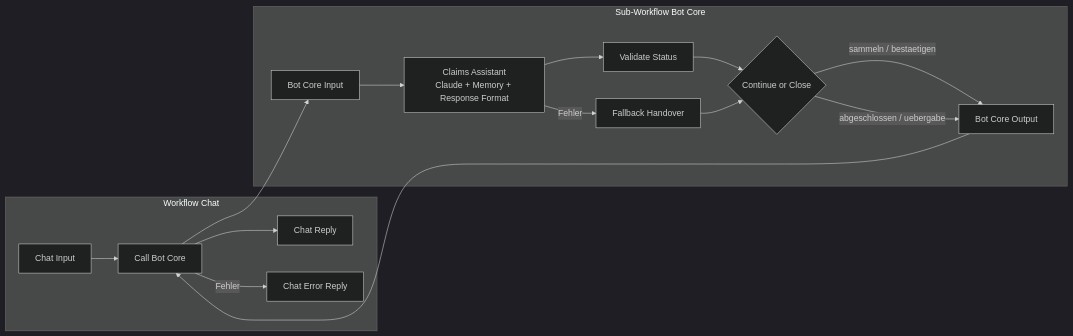
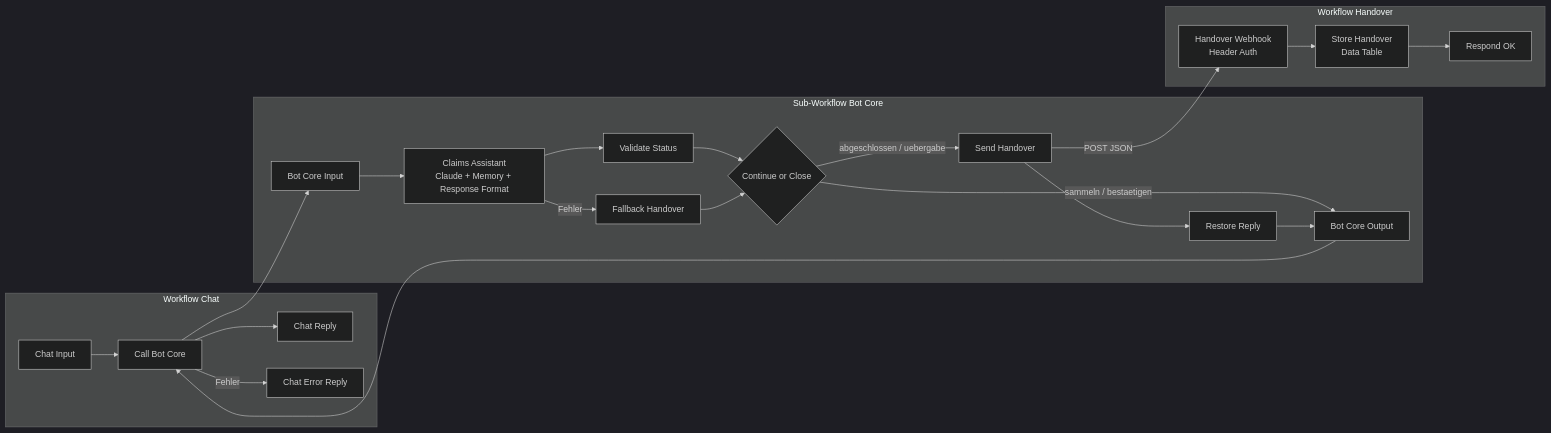
Before and after one commit to proetteler/schadenmeldungs-bot: the diagram in README.md, drawn with Mermaid (dark theme). The commit also changed other lines of this file and 4 other files, not shown here.

Commit message:
Add handover webhook with header auth and honest failure reply

````diff
--- a/README.md
+++ b/README.md
@@ -28,19 +28,26 @@
 ```mermaid
 flowchart LR
   subgraph CH[Workflow Chat]
     CI[Chat Input] --> CB[Call Bot Core]
     CB --> CR[Chat Reply]
     CB -- Fehler --> CE[Chat Error Reply]
   end
   subgraph BC[Sub-Workflow Bot Core]
     IN[Bot Core Input] --> CA[Claims Assistant<br/>Claude + Memory + Response Format]
     CA --> VS[Validate Status]
     CA -- Fehler --> FH[Fallback Handover]
     VS --> SW{Continue or Close}
     FH --> SW
     SW -- sammeln / bestaetigen --> OUT[Bot Core Output]
-    SW -- abgeschlossen / uebergabe --> OUT
+    SW -- abgeschlossen / uebergabe --> SH[Send Handover]
+    SH --> RR[Restore Reply]
+    RR --> OUT
+  end
+  subgraph HO[Workflow Handover]
+    WH[Handover Webhook<br/>Header Auth] --> ST[Store Handover<br/>Data Table]
+    ST --> OK[Respond OK]
   end
   CB --> IN
   OUT --> CB
+  SH -- POST JSON --> WH
 ```
````
